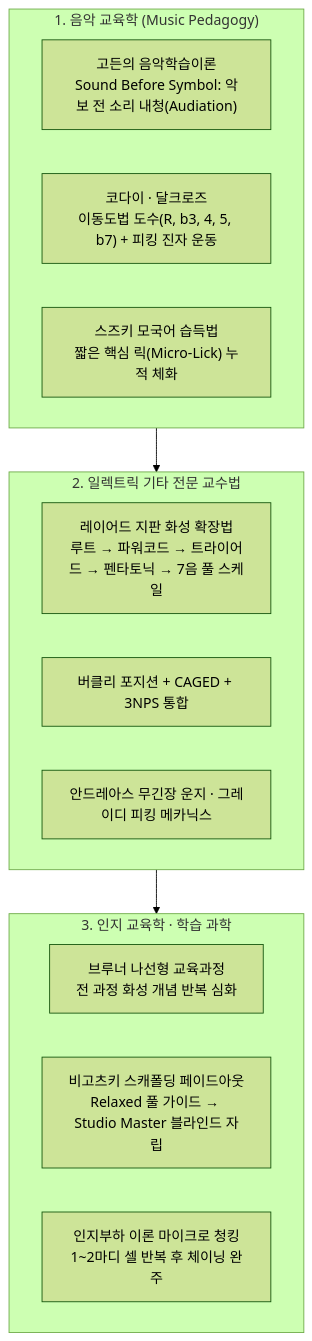
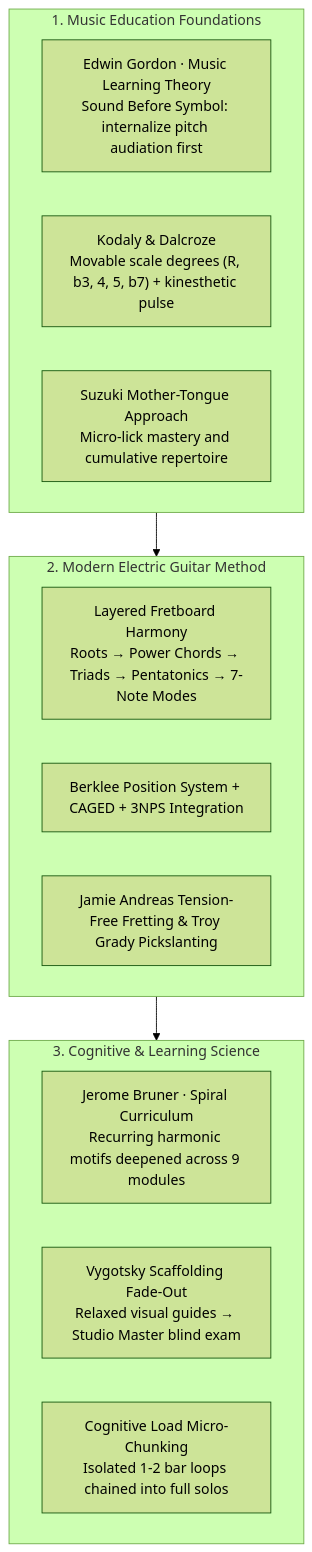
Before and after one commit to srain0626/fretmaster-studio: the first of 2 diagrams in README.md, drawn with Mermaid (forest theme). The commit also changed other lines of this file and 24 other files, not shown here.

Commit message:
feat(i18n): add full EN/KO bilingual support, localized curriculum, Remotion SVGs, and global English README

````diff
--- a/README.md
+++ b/README.md
@@ -74,22 +77,22 @@
 ```mermaid
 flowchart TB
-    subgraph MusicPedagogy["1. 음악 교육학 (Music Pedagogy)"]
-        Gordon["고든의 음악학습이론\nSound Before Symbol: 악보 전 소리 내청(Audiation)"]
-        Kodaly["코다이 · 달크로즈\n이동도법 도수(R, b3, 4, 5, b7) + 피킹 진자 운동"]
-        Suzuki["스즈키 모국어 습득법\n짧은 핵심 릭(Micro-Lick) 누적 체화"]
+    subgraph MusicPedagogy["1. Music Education Foundations"]
+        Gordon["Edwin Gordon · Music Learning Theory\nSound Before Symbol: internalize pitch audiation first"]
+        Kodaly["Kodaly &amp; Dalcroze\nMovable scale degrees (R, b3, 4, 5, b7) + kinesthetic pulse"]
+        Suzuki["Suzuki Mother-Tongue Approach\nMicro-lick mastery and cumulative repertoire"]
     end
 
-    subgraph GuitarMethod["2. 일렉트릭 기타 전문 교수법"]
-        SpiralHarm["레이어드 지판 화성 확장법\n루트 → 파워코드 → 트라이어드 → 펜타토닉 → 7음 풀 스케일"]
-        Berklee["버클리 포지션 + CAGED + 3NPS 통합"]
-        BioMech["안드레아스 무긴장 운지 · 그레이디 피킹 메카닉스"]
+    subgraph GuitarMethod["2. Modern Electric Guitar Method"]
+        SpiralHarm["Layered Fretboard Harmony\nRoots → Power Chords → Triads → Pentatonics → 7-Note Modes"]
+        Berklee["Berklee Position System + CAGED + 3NPS Integration"]
+        BioMech["Jamie Andreas Tension-Free Fretting &amp; Troy Grady Pickslanting"]
     end
 
-    subgraph LearningSci["3. 인지 교육학 · 학습 과학"]
-        Bruner["브루너 나선형 교육과정\n전 과정 화성 개념 반복 심화"]
-        Vygotsky["비고츠키 스캐폴딩 페이드아웃\nRelaxed 풀 가이드 → Studio Master 블라인드 자립"]
-        Chunking["인지부하 이론 마이크로 청킹\n1~2마디 셀 반복 후 체이닝 완주"]
+    subgraph LearningSci["3. Cognitive &amp; Learning Science"]
+        Bruner["Jerome Bruner · Spiral Curriculum\nRecurring harmonic motifs deepened across 9 modules"]
+        Vygotsky["Vygotsky Scaffolding Fade-Out\nRelaxed visual guides → Studio Master blind exam"]
+        Chunking["Cognitive Load Micro-Chunking\nIsolated 1-2 bar loops chained into full solos"]
     end
 
     MusicPedagogy --> GuitarMethod --> LearningSci
 ```
````
